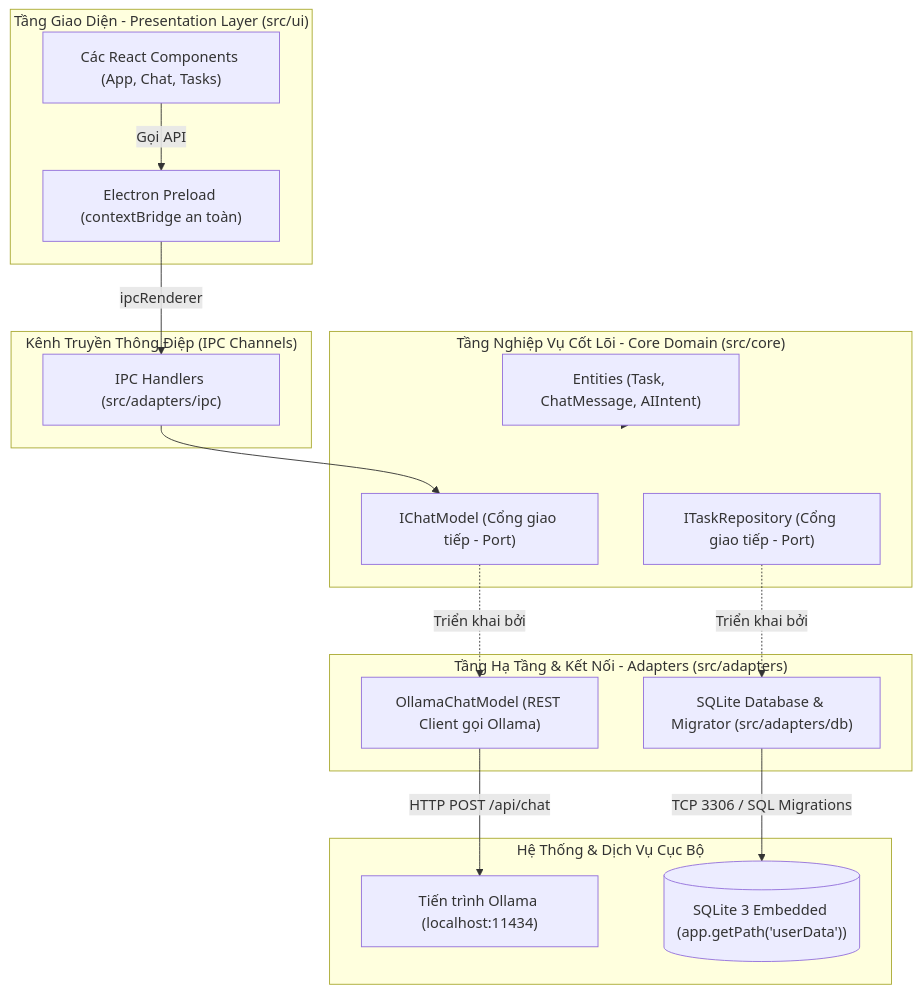
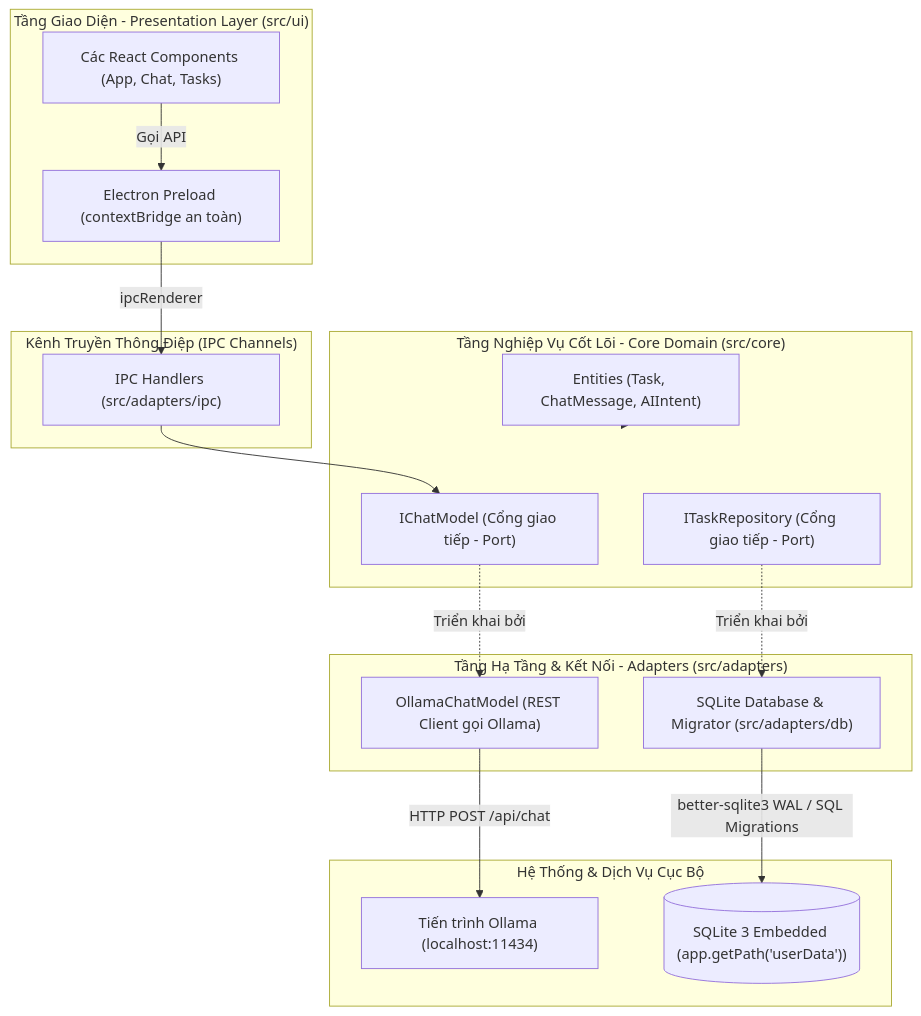
Before and after one commit to cudo2410/PVA-Desktop: the diagram in README.md, drawn with Mermaid. The commit also changed other lines of this file and 39 other files, not shown here.

````diff
--- a/README.md
+++ b/README.md
@@ -119,36 +119,36 @@
 ```mermaid
 flowchart TD
     subgraph UI ["Tầng Giao Diện - Presentation Layer (src/ui)"]
         ReactUI["Các React Components (App, Chat, Tasks)"]
         PreloadBridge["Electron Preload (contextBridge an toàn)"]
     end
 
     subgraph IPC ["Kênh Truyền Thông Điệp (IPC Channels)"]
         IPCMain["IPC Handlers (src/adapters/ipc)"]
     end
 
     subgraph Core ["Tầng Nghiệp Vụ Cốt Lõi - Core Domain (src/core)"]
         DomainModels["Entities (Task, ChatMessage, AIIntent)"]
         ChatPort["IChatModel (Cổng giao tiếp - Port)"]
         TaskPort["ITaskRepository (Cổng giao tiếp - Port)"]
     end
 
     subgraph Adapters ["Tầng Hạ Tầng & Kết Nối - Adapters (src/adapters)"]
         OllamaAdapter["OllamaChatModel (REST Client gọi Ollama)"]
         DBAdapter["SQLite Database & Migrator (src/adapters/db)"]
     end
 
     subgraph External ["Hệ Thống & Dịch Vụ Cục Bộ"]
         OllamaServer["Tiến trình Ollama (localhost:11434)"]
         LocalDB[("SQLite 3 Embedded (app.getPath('userData'))")]
     end
 
     ReactUI -->|Gọi API| PreloadBridge
     PreloadBridge -->|ipcRenderer| IPCMain
     IPCMain --> ChatPort
     ChatPort -.->|Triển khai bởi| OllamaAdapter
     TaskPort -.->|Triển khai bởi| DBAdapter
     OllamaAdapter -->|HTTP POST /api/chat| OllamaServer
-    DBAdapter -->|TCP 3306 / SQL Migrations| LocalDB
+    DBAdapter -->|better-sqlite3 WAL / SQL Migrations| LocalDB
     DomainModels -.-> Core
 ```
````
